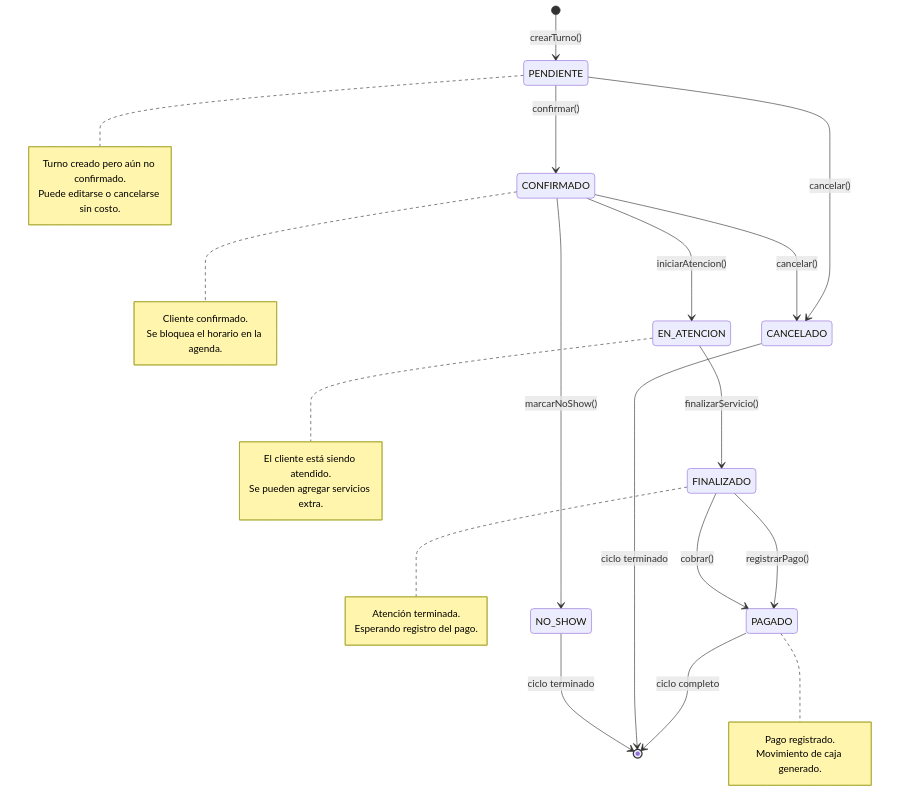
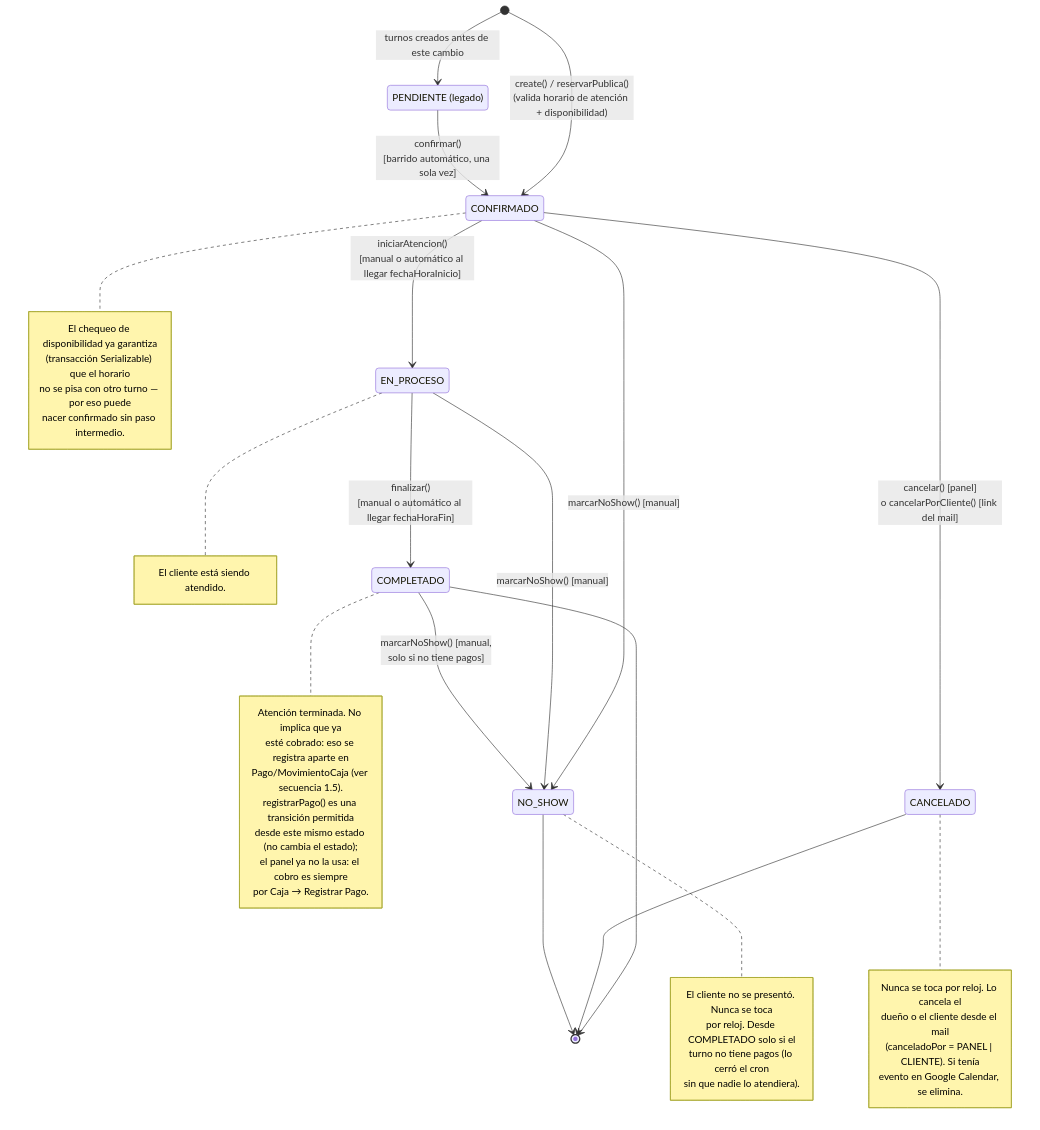
Diagram 12 of 13 in diagramas-arquitectura-software/diagramas-procesos.md (Lean-98/generic-barber), drawn with Mermaid before and after one commit. The commit also changed other lines of this file and 9 other files, not shown here.

````diff
--- a/diagramas-arquitectura-software/diagramas-procesos.md
+++ b/diagramas-arquitectura-software/diagramas-procesos.md
@@ -106,45 +378,55 @@
 ```mermaid
 stateDiagram-v2
-    [*] --> PENDIENTE : crearTurno()
+    [*] --> CONFIRMADO : create() / reservarPublica()<br/>(valida horario de atención + disponibilidad)
 
-    PENDIENTE --> CONFIRMADO : confirmar()
-    PENDIENTE --> CANCELADO : cancelar()
+    state "PENDIENTE (legado)" as PENDIENTE
+    [*] --> PENDIENTE : turnos creados antes de este cambio
+    PENDIENTE --> CONFIRMADO : confirmar()<br/>[barrido automático, una sola vez]
 
-    CONFIRMADO --> EN_ATENCION : iniciarAtencion()
-    CONFIRMADO --> CANCELADO : cancelar()
-    CONFIRMADO --> NO_SHOW : marcarNoShow()
+    CONFIRMADO --> EN_PROCESO : iniciarAtencion()<br/>[manual o automático al llegar fechaHoraInicio]
+    CONFIRMADO --> CANCELADO : cancelar() [panel]<br/>o cancelarPorCliente() [link del mail]
+    CONFIRMADO --> NO_SHOW : marcarNoShow() [manual]
 
-    EN_ATENCION --> FINALIZADO : finalizarServicio()
+    EN_PROCESO --> COMPLETADO : finalizar()<br/>[manual o automático al llegar fechaHoraFin]
+    EN_PROCESO --> NO_SHOW : marcarNoShow() [manual]
+    COMPLETADO --> NO_SHOW : marcarNoShow() [manual,<br/>solo si no tiene pagos]
 
-    FINALIZADO --> PAGADO : registrarPago()
-    FINALIZADO --> PAGADO : cobrar()
+    COMPLETADO --> [*]
+    CANCELADO --> [*]
+    NO_SHOW --> [*]
 
-    PAGADO --> [*] : ciclo completo
-    CANCELADO --> [*] : ciclo terminado
-    NO_SHOW --> [*] : ciclo terminado
-
-    note right of PENDIENTE
-        Turno creado pero aún no confirmado.
-        Puede editarse o cancelarse sin costo.
+    note right of CONFIRMADO
+        El chequeo de disponibilidad ya garantiza
+        (transacción Serializable) que el horario
+        no se pisa con otro turno — por eso puede
+        nacer confirmado sin paso intermedio.
     end note
 
-    note right of CONFIRMADO
-        Cliente confirmado.
-        Se bloquea el horario en la agenda.
+    note right of EN_PROCESO
+        El cliente está siendo atendido.
     end note
 
-    note right of EN_ATENCION
-        El cliente está siendo atendido.
-        Se pueden agregar servicios extra.
+    note right of COMPLETADO
+        Atención terminada. No implica que ya
+        esté cobrado: eso se registra aparte en
+        Pago/MovimientoCaja (ver secuencia 1.5).
+        registrarPago() es una transición permitida
+        desde este mismo estado (no cambia el estado);
+        el panel ya no la usa: el cobro es siempre
+        por Caja → Registrar Pago.
     end note
 
-    note right of FINALIZADO
-        Atención terminada.
-        Esperando registro del pago.
+    note right of CANCELADO
+        Nunca se toca por reloj. Lo cancela el
+        dueño o el cliente desde el mail
+        (canceladoPor = PANEL | CLIENTE). Si tenía
+        evento en Google Calendar, se elimina.
     end note
 
-    note right of PAGADO
-        Pago registrado.
-        Movimiento de caja generado.
+    note right of NO_SHOW
+        El cliente no se presentó. Nunca se toca
+        por reloj. Desde COMPLETADO solo si el
+        turno no tiene pagos (lo cerró el cron
+        sin que nadie lo atendiera).
     end note
 ```
````
